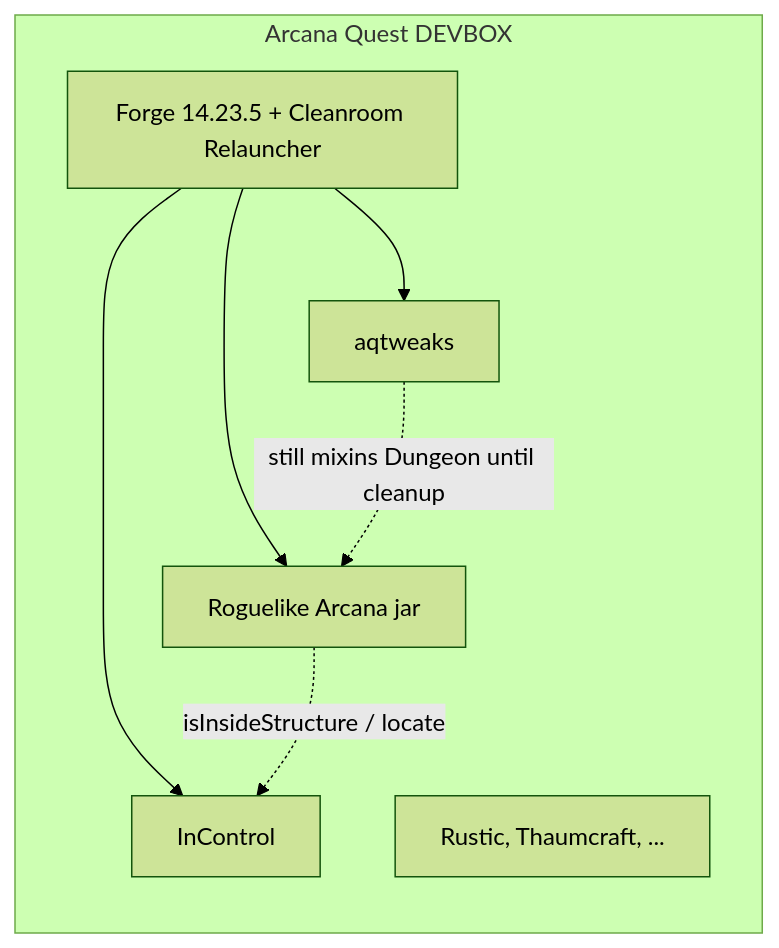
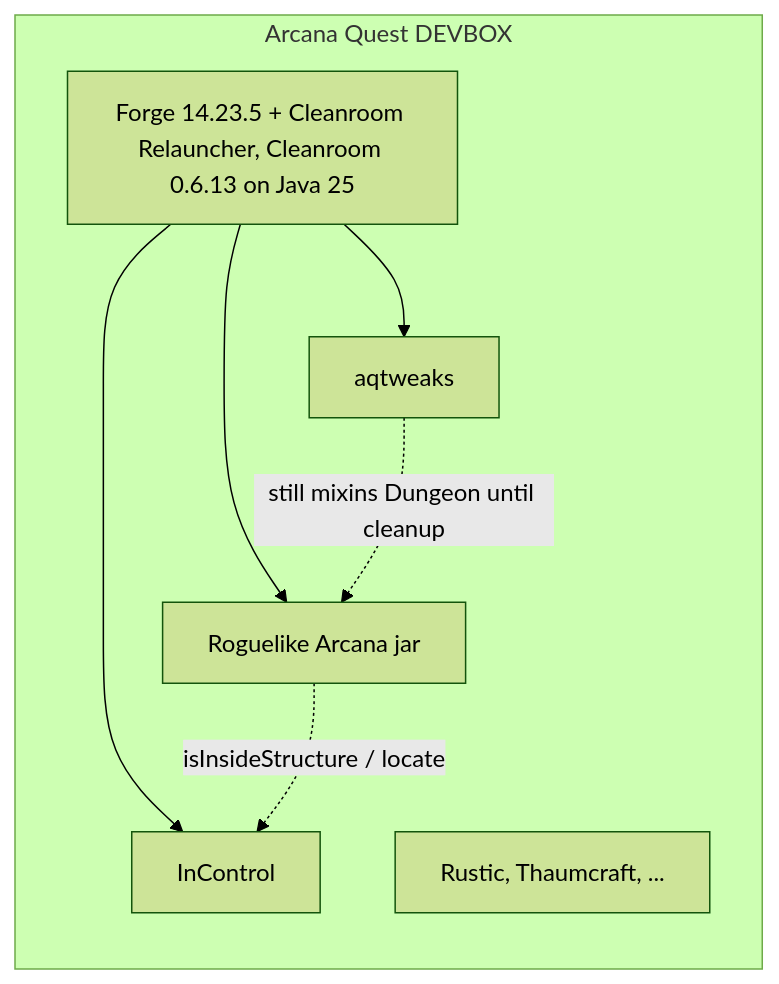
The first of 4 diagrams in docs/architecture.md (Apocollis/minecraft-roguelike), drawn with Mermaid (forest theme) before and after one commit. The commit also changed other lines of this file and 46 other files, not shown here.

````diff
--- a/docs/architecture.md
+++ b/docs/architecture.md
@@ -15,15 +15,15 @@
 ```mermaid
 flowchart LR
   subgraph pack [Arcana Quest DEVBOX]
-    Forge[Forge 14.23.5 + Cleanroom Relauncher]
+    Forge[Forge 14.23.5 + Cleanroom Relauncher, Cleanroom 0.6.13 on Java 25]
     RL[Roguelike Arcana jar]
     Tweaks[aqtweaks]
     IC[InControl]
     Other[Rustic, Thaumcraft, ...]
     Forge --> RL
     Forge --> Tweaks
     Forge --> IC
     RL -.->|isInsideStructure / locate| IC
     Tweaks -.->|still mixins Dungeon until cleanup| RL
   end
 ```
````
